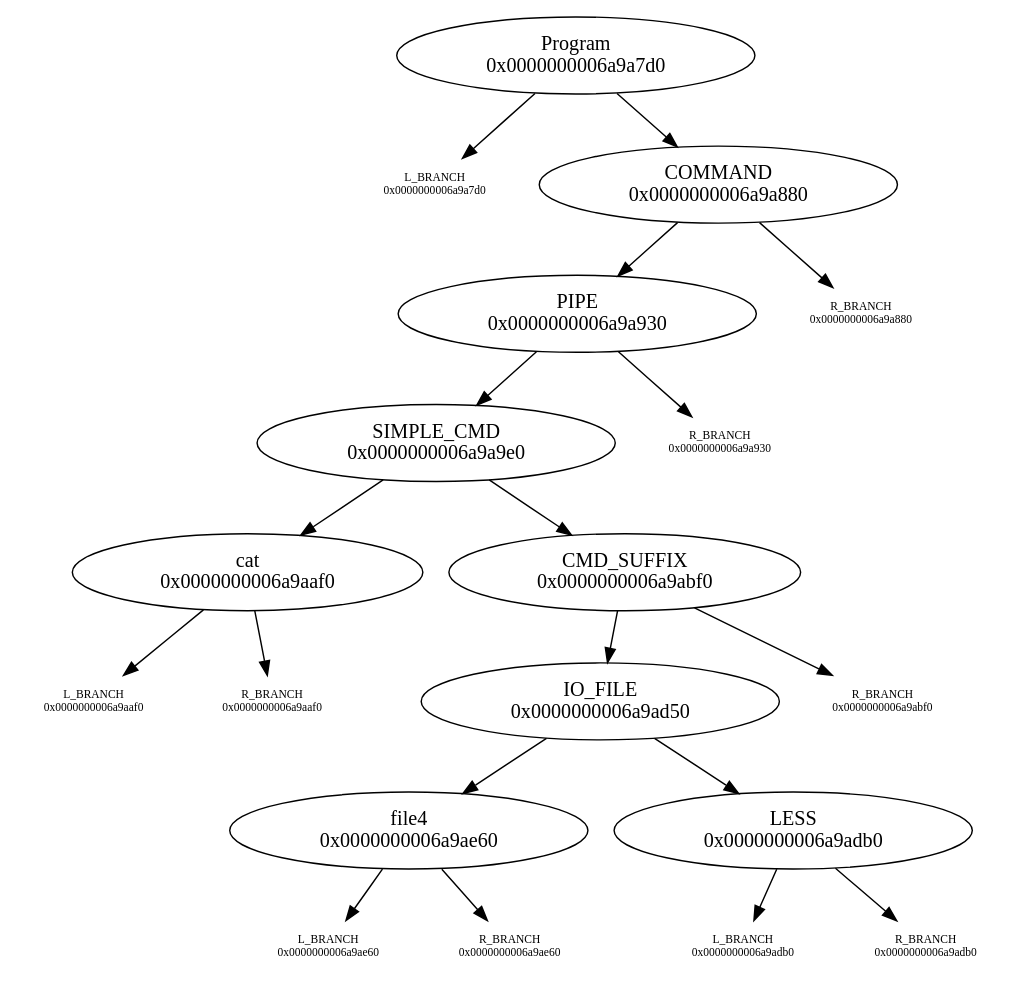
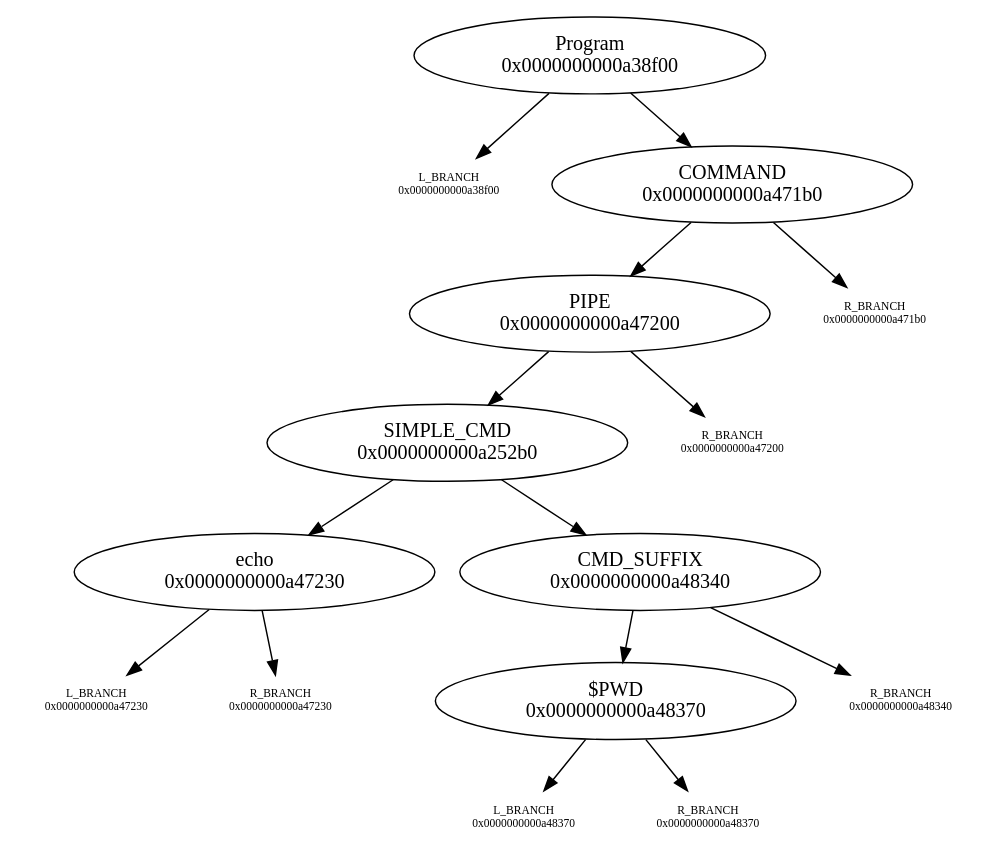
The diagram in graph.dot (N-4-Nina/Minishell), drawn with Graphviz before and after one commit. The commit also changed 98 other files, not shown here.

```diff
--- a/graph.dot
+++ b/graph.dot
@@ -1,31 +1,25 @@
 digraph graphname {
-"Program\n0x0000000006a9a7d0" -> "L_BRANCH\n0x0000000006a9a7d0";
-"L_BRANCH\n0x0000000006a9a7d0" [shape=none fontsize=8]
-"Program\n0x0000000006a9a7d0" -> "COMMAND\n0x0000000006a9a880";
-"COMMAND\n0x0000000006a9a880" -> "PIPE\n0x0000000006a9a930";
-"COMMAND\n0x0000000006a9a880" -> "R_BRANCH\n0x0000000006a9a880";
-"R_BRANCH\n0x0000000006a9a880" [shape=none fontsize=8]
-"PIPE\n0x0000000006a9a930" -> "SIMPLE_CMD\n0x0000000006a9a9e0";
-"PIPE\n0x0000000006a9a930" -> "R_BRANCH\n0x0000000006a9a930";
-"R_BRANCH\n0x0000000006a9a930" [shape=none fontsize=8]
-"SIMPLE_CMD\n0x0000000006a9a9e0" -> "cat\n0x0000000006a9aaf0";
-"SIMPLE_CMD\n0x0000000006a9a9e0" -> "CMD_SUFFIX\n0x0000000006a9abf0";
-"cat\n0x0000000006a9aaf0" -> "L_BRANCH\n0x0000000006a9aaf0";
-"L_BRANCH\n0x0000000006a9aaf0" [shape=none fontsize=8]
-"cat\n0x0000000006a9aaf0" -> "R_BRANCH\n0x0000000006a9aaf0";
-"R_BRANCH\n0x0000000006a9aaf0" [shape=none fontsize=8]
-"CMD_SUFFIX\n0x0000000006a9abf0" -> "IO_FILE\n0x0000000006a9ad50";
-"CMD_SUFFIX\n0x0000000006a9abf0" -> "R_BRANCH\n0x0000000006a9abf0";
-"R_BRANCH\n0x0000000006a9abf0" [shape=none fontsize=8]
-"IO_FILE\n0x0000000006a9ad50" -> "file4\n0x0000000006a9ae60";
-"IO_FILE\n0x0000000006a9ad50" -> "LESS\n0x0000000006a9adb0";
-"file4\n0x0000000006a9ae60" -> "L_BRANCH\n0x0000000006a9ae60";
-"L_BRANCH\n0x0000000006a9ae60" [shape=none fontsize=8]
-"file4\n0x0000000006a9ae60" -> "R_BRANCH\n0x0000000006a9ae60";
-"R_BRANCH\n0x0000000006a9ae60" [shape=none fontsize=8]
-"LESS\n0x0000000006a9adb0" -> "L_BRANCH\n0x0000000006a9adb0";
-"L_BRANCH\n0x0000000006a9adb0" [shape=none fontsize=8]
-"LESS\n0x0000000006a9adb0" -> "R_BRANCH\n0x0000000006a9adb0";
-"R_BRANCH\n0x0000000006a9adb0" [shape=none fontsize=8]
+"Program\n0x0000000000a38f00" -> "L_BRANCH\n0x0000000000a38f00";
+"L_BRANCH\n0x0000000000a38f00" [shape=none fontsize=8]
+"Program\n0x0000000000a38f00" -> "COMMAND\n0x0000000000a471b0";
+"COMMAND\n0x0000000000a471b0" -> "PIPE\n0x0000000000a47200";
+"COMMAND\n0x0000000000a471b0" -> "R_BRANCH\n0x0000000000a471b0";
+"R_BRANCH\n0x0000000000a471b0" [shape=none fontsize=8]
+"PIPE\n0x0000000000a47200" -> "SIMPLE_CMD\n0x0000000000a252b0";
+"PIPE\n0x0000000000a47200" -> "R_BRANCH\n0x0000000000a47200";
+"R_BRANCH\n0x0000000000a47200" [shape=none fontsize=8]
+"SIMPLE_CMD\n0x0000000000a252b0" -> "echo\n0x0000000000a47230";
+"SIMPLE_CMD\n0x0000000000a252b0" -> "CMD_SUFFIX\n0x0000000000a48340";
+"echo\n0x0000000000a47230" -> "L_BRANCH\n0x0000000000a47230";
+"L_BRANCH\n0x0000000000a47230" [shape=none fontsize=8]
+"echo\n0x0000000000a47230" -> "R_BRANCH\n0x0000000000a47230";
+"R_BRANCH\n0x0000000000a47230" [shape=none fontsize=8]
+"CMD_SUFFIX\n0x0000000000a48340" -> "$PWD\n0x0000000000a48370";
+"CMD_SUFFIX\n0x0000000000a48340" -> "R_BRANCH\n0x0000000000a48340";
+"R_BRANCH\n0x0000000000a48340" [shape=none fontsize=8]
+"$PWD\n0x0000000000a48370" -> "L_BRANCH\n0x0000000000a48370";
+"L_BRANCH\n0x0000000000a48370" [shape=none fontsize=8]
+"$PWD\n0x0000000000a48370" -> "R_BRANCH\n0x0000000000a48370";
+"R_BRANCH\n0x0000000000a48370" [shape=none fontsize=8]
 
 }
```
